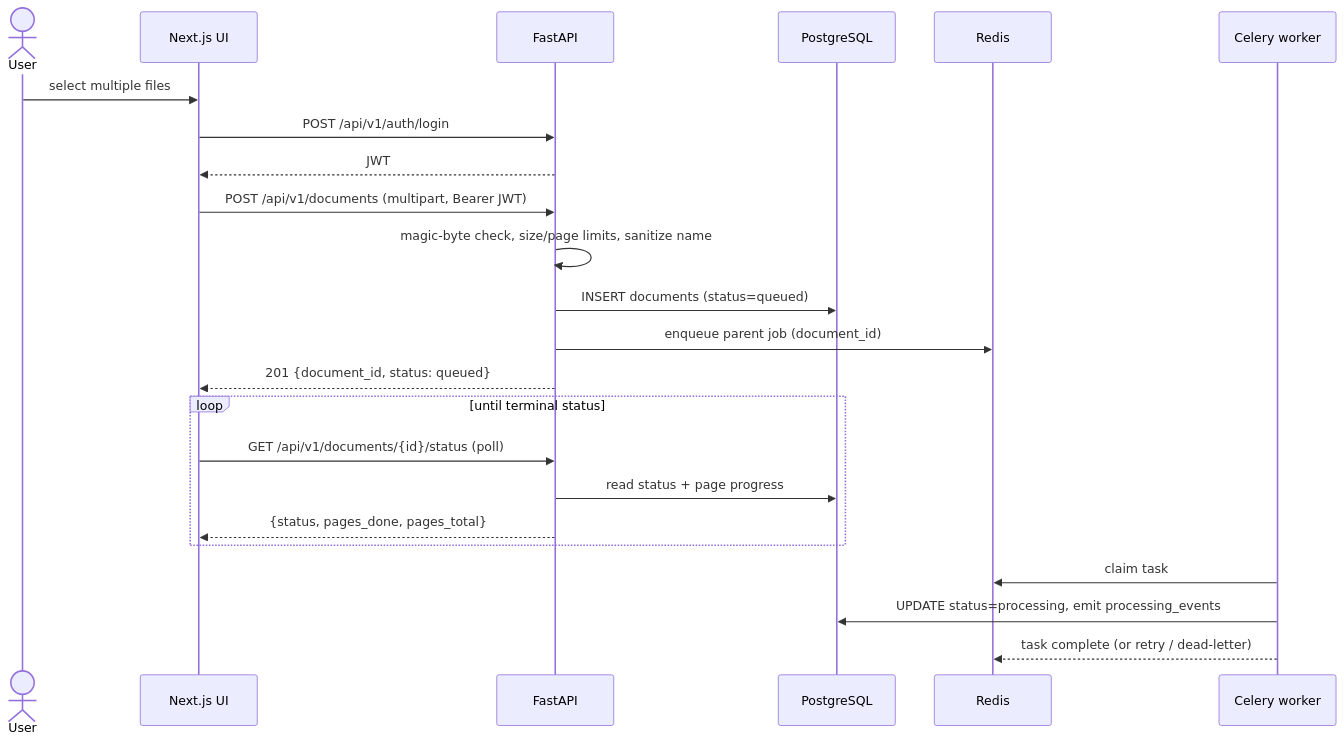
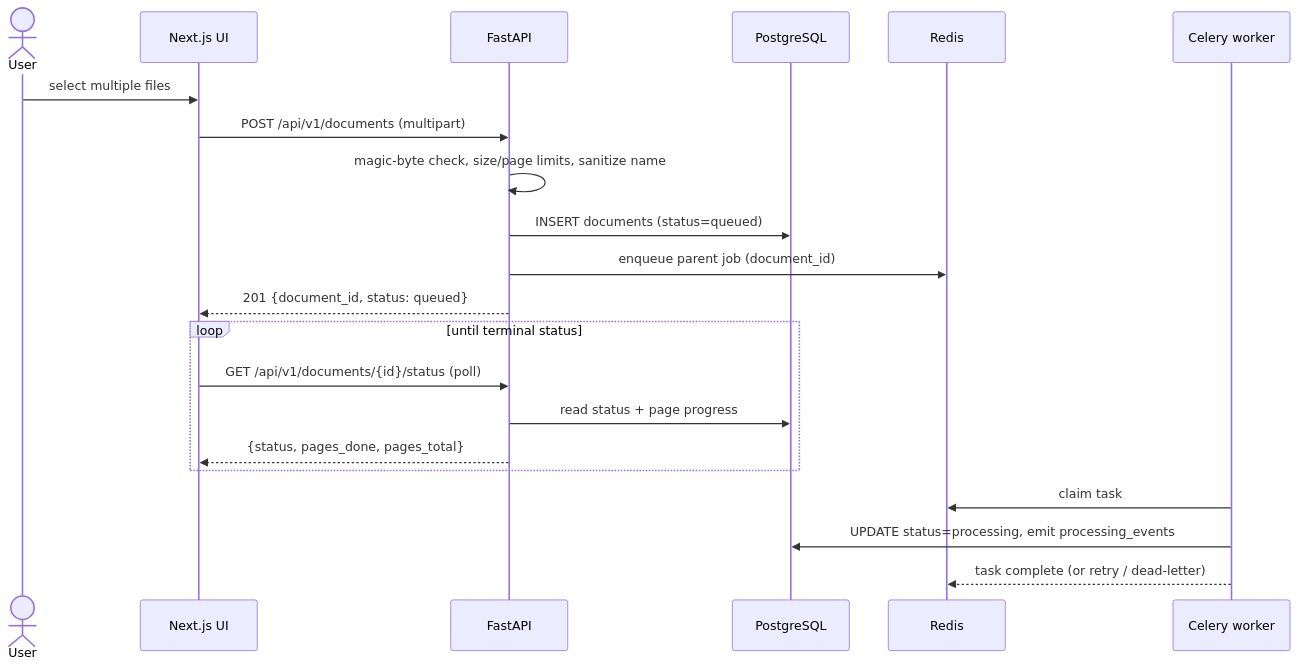
One commit to aieng-abdullah/care_sraie_assignment- changed the ninth of 18 diagrams in docs/architecture.md. Above: the diagram before and after it, drawn with Mermaid. The commit also changed other lines of this file and 10 other files, not shown here.

First line of the commit message:
chore(security): drop JWT auth layer per assignment scope

````diff
--- a/docs/architecture.md
+++ b/docs/architecture.md
@@ -231,26 +231,24 @@
 ```mermaid
 sequenceDiagram
     actor U as User
     participant FE as Next.js UI
     participant API as FastAPI
     participant DB as PostgreSQL
     participant R as Redis
     participant W as Celery worker
 
     U->>FE: select multiple files
-    FE->>API: POST /api/v1/auth/login
-    API-->>FE: JWT
-    FE->>API: POST /api/v1/documents (multipart, Bearer JWT)
+    FE->>API: POST /api/v1/documents (multipart)
     API->>API: magic-byte check, size/page limits, sanitize name
     API->>DB: INSERT documents (status=queued)
     API->>R: enqueue parent job (document_id)
     API-->>FE: 201 {document_id, status: queued}
     loop until terminal status
         FE->>API: GET /api/v1/documents/{id}/status (poll)
         API->>DB: read status + page progress
         API-->>FE: {status, pages_done, pages_total}
     end
     W->>R: claim task
     W->>DB: UPDATE status=processing, emit processing_events
     W-->>R: task complete (or retry / dead-letter)
 ```
````
